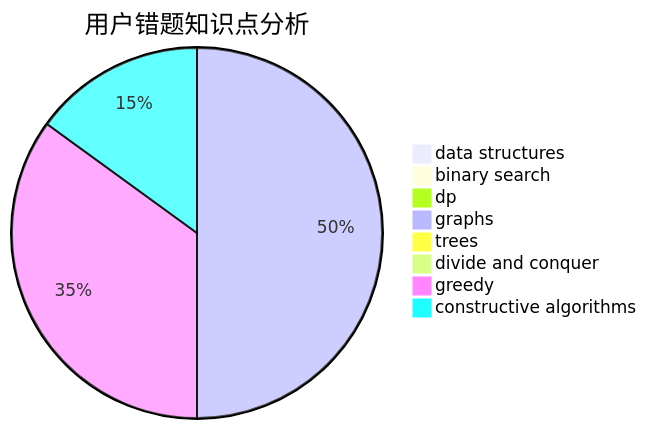
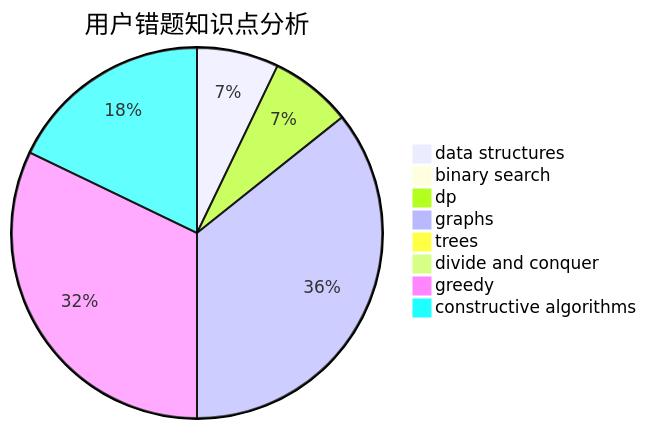
One commit to sherpahu/cfrs.github.io changed the third of 3 diagrams in docs/user/u1711.md. Above: the diagram before and after it, drawn with Mermaid. The commit also changed other lines of this file and 2770 other files, not shown here.

````diff
--- a/docs/user/u1711.md
+++ b/docs/user/u1711.md
@@ -36,11 +36,11 @@
 ```mermaid
 pie title 用户错题知识点分析
-    "data structures" :  0
+    "data structures" :  2
     "binary search" :  0
-    "dp" :  0
+    "dp" :  2
     "graphs" :  10
     "trees" :  0
     "divide and conquer" :  0
-    "greedy" :  7
-    "constructive algorithms" :  3
+    "greedy" :  9
+    "constructive algorithms" :  5
 ```
````
